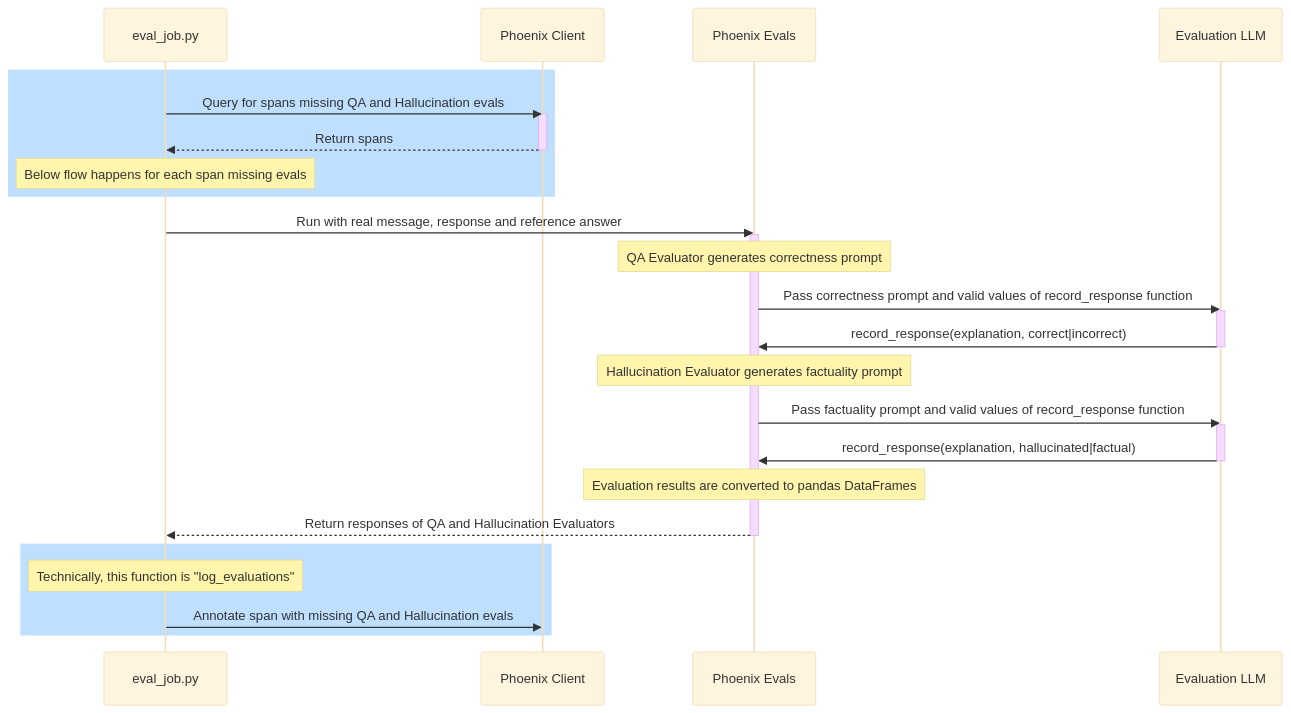
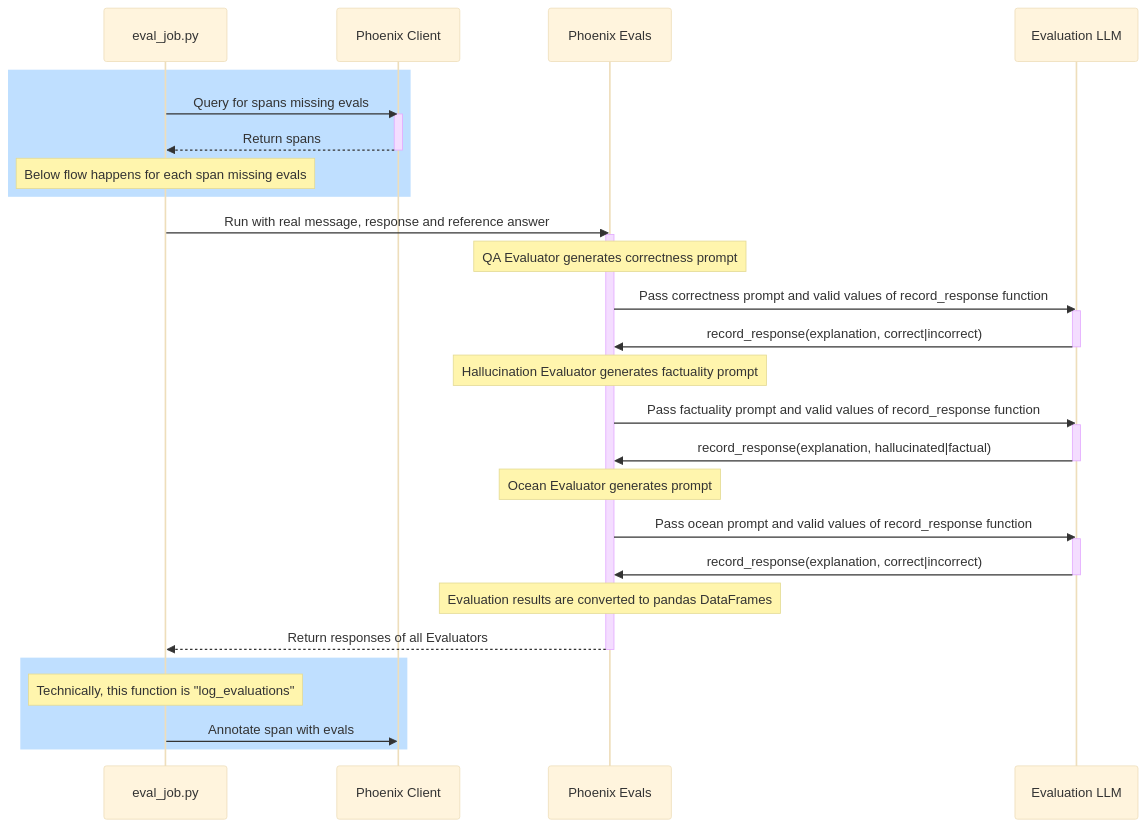
One commit to elastic/testing-genai-applications changed the diagram in 08-eval-platform/README.md. Above: the diagram before and after it, drawn with Mermaid (base theme). The commit also changed other lines of this file and 25 other files, not shown here.

````diff
--- a/08-eval-platform/README.md
+++ b/08-eval-platform/README.md
@@ -10,41 +10,48 @@
 ```mermaid
 sequenceDiagram
     participant Job as eval_job.py
     participant Client as Phoenix Client
     participant Evals as Phoenix Evals
     participant LLM as Evaluation LLM
 
     rect rgb(191, 223, 255)
-        Job ->> Client: Query for spans missing QA and Hallucination evals
+        Job ->> Client: Query for spans missing evals
         activate Client
         Client -->> Job: Return spans
         deactivate Client
     
         Note over Job: Below flow happens for each span missing evals
     end
     Job ->> Evals: Run with real message, response and reference answer
     activate Evals
 
     Note over Evals: QA Evaluator generates correctness prompt
     Evals ->> LLM: Pass correctness prompt and valid values of record_response function
     
     activate LLM
     LLM ->> Evals: record_response(explanation, correct|incorrect)
     deactivate LLM
 
     Note over Evals: Hallucination Evaluator generates factuality prompt
     Evals ->> LLM: Pass factuality prompt and valid values of record_response function
 
     activate LLM
     LLM ->> Evals: record_response(explanation, hallucinated|factual)
     deactivate LLM
 
+    Note over Evals: Ocean Evaluator generates prompt
+    Evals ->> LLM: Pass ocean prompt and valid values of record_response function
+
+    activate LLM
+    LLM ->> Evals: record_response(explanation, correct|incorrect)
+    deactivate LLM
+
     Note over Evals: Evaluation results are converted to pandas DataFrames
-    Evals-->>Job: Return responses of QA and Hallucination Evaluators
+    Evals-->>Job: Return responses of all Evaluators
     deactivate Evals
 
     rect rgb(191, 223, 255)
         Note over Job: Technically, this function is "log_evaluations"
-        Job ->> Client: Annotate span with missing QA and Hallucination evals
+        Job ->> Client: Annotate span with evals
     end
 ```
````
